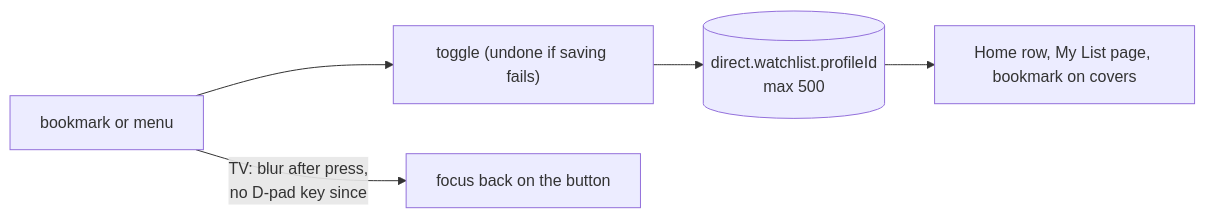
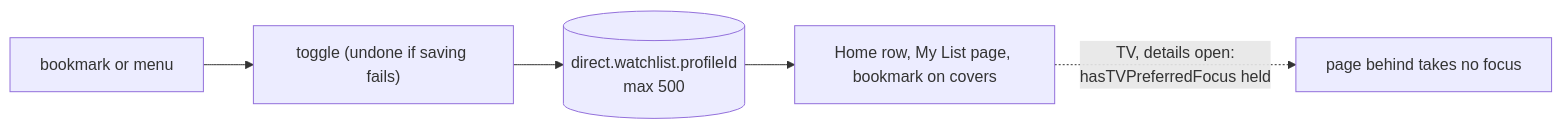
Before and after one commit to brunoccst/iptv-player: diagram 31 of 44 in documentation/FEATURES-TECHNICAL.md, drawn with Mermaid. The commit also changed other lines of this file and 14 other files, not shown here.

First line of the commit message:
TV: nothing behind the details panel takes the focus (D-170)

````diff
--- a/documentation/FEATURES-TECHNICAL.md
+++ b/documentation/FEATURES-TECHNICAL.md
@@ -559,7 +559,7 @@
 ```mermaid
 flowchart LR
   B[bookmark or menu] --> T["toggle (undone if saving fails)"]
   T --> S[("direct.watchlist.profileId<br/>max 500")]
   S --> H[Home row, My List page, bookmark on covers]
-  B -->|TV: blur after press,<br/>no D-pad key since| F[focus back on the button]
+  H -.->|TV, details open:<br/>hasTVPreferredFocus held| N[page behind takes no focus]
 ```
````
